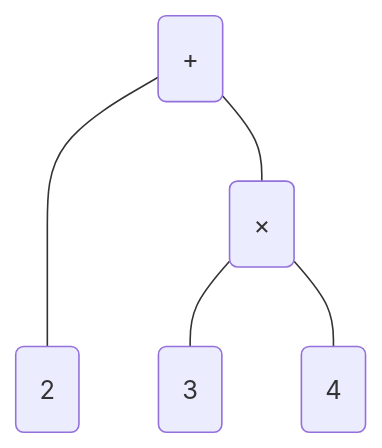
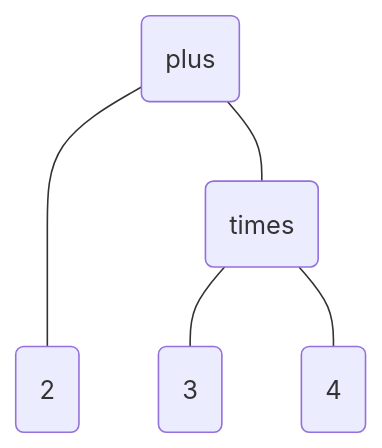
The diagram in docs/V2.md (billhails/CEKF), drawn with Mermaid before and after one commit. The commit also changed other lines of this file and 3 other files, not shown here.

````diff
--- a/docs/V2.md
+++ b/docs/V2.md
@@ -141,8 +147,8 @@
 ```mermaid
 flowchart TD
-plus(+)
+plus(plus)
 plus ---- two(2)
-plus --- times(&times;)
+plus --- times(times)
 times --- three(3)
 times --- four(4)
 ```
````
